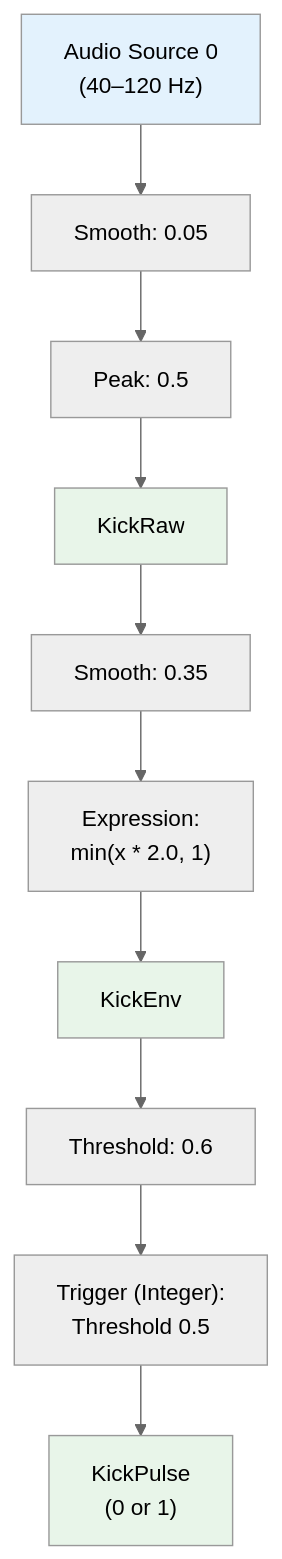
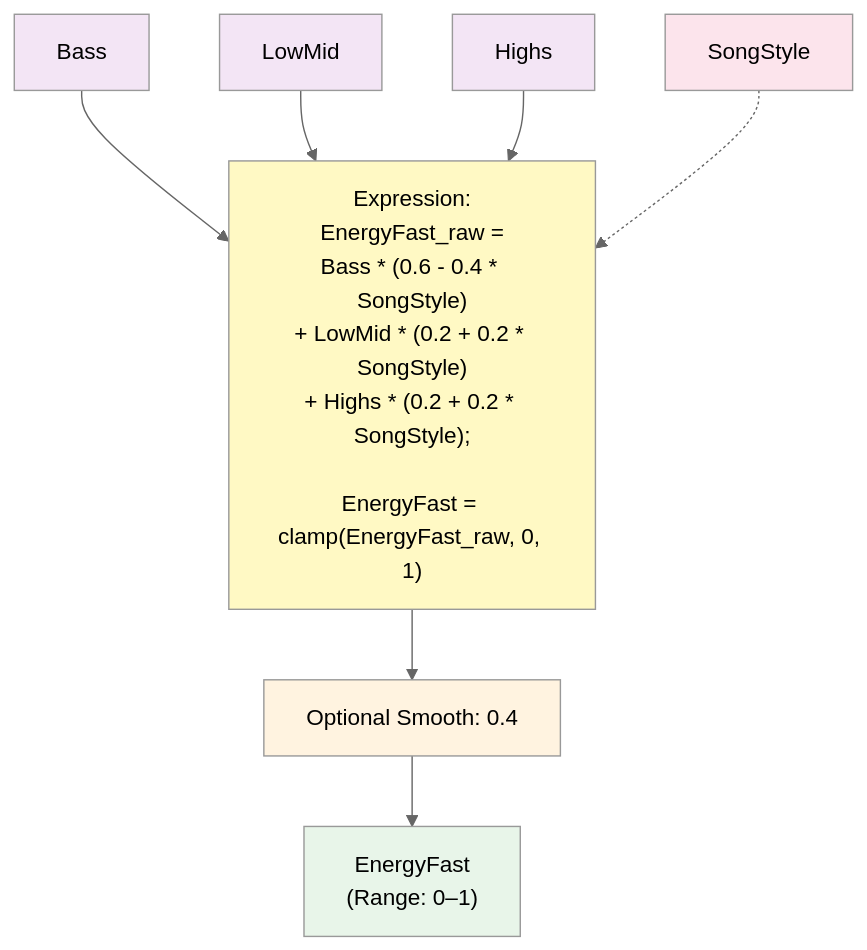
The seventh of 17 diagrams in docs/mmv-master-pipeline-guide.md (abossard/synesthesia-visuals), drawn with Mermaid (neutral theme) before and after one commit. The commit also changed other lines of this file, not shown here.

Commit message:
Complete overhaul: Add SongStyle adaptation system to MMV pipeline guide

````diff
--- a/docs/mmv-master-pipeline-guide.md
+++ b/docs/mmv-master-pipeline-guide.md
@@ -394,19 +333,18 @@
 ```mermaid
 flowchart TD
-    AUDIO_KICK["Audio Source 0<br/>(40–120 Hz)"] --> SMOOTH_K1["Smooth: 0.05"]
-    SMOOTH_K1 --> PEAK_K["Peak: 0.5"]
-    PEAK_K --> KICK_RAW["KickRaw"]
+    BASS_IN["Bass"] --> EXPR_EF["Expression:<br/>EnergyFast_raw =<br/>Bass * (0.6 - 0.4 * SongStyle)<br/>+ LowMid * (0.2 + 0.2 * SongStyle)<br/>+ Highs * (0.2 + 0.2 * SongStyle);<br/><br/>EnergyFast = clamp(EnergyFast_raw, 0, 1)"]
+    LOWMID_IN["LowMid"] --> EXPR_EF
+    HIGHS_IN["Highs"] --> EXPR_EF
+    SONGSTYLE_IN["SongStyle"] -.-> EXPR_EF
     
-    KICK_RAW --> SMOOTH_K2["Smooth: 0.35"]
-    SMOOTH_K2 --> EXPR_K["Expression:<br/>min(x * 2.0, 1)"]
-    EXPR_K --> KICK_ENV["KickEnv"]
+    EXPR_EF --> SMOOTH_EF["Optional Smooth: 0.4"]
+    SMOOTH_EF --> ENERGYFAST["EnergyFast<br/>(Range: 0–1)"]
     
-    KICK_ENV --> THRESH_K["Threshold: 0.6"]
-    THRESH_K --> TRIG_K["Trigger (Integer):<br/>Threshold 0.5"]
-    TRIG_K --> KICK_PULSE["KickPulse<br/>(0 or 1)"]
-    
-    style AUDIO_KICK fill:#e3f2fd
-    style KICK_RAW fill:#e8f5e9
-    style KICK_ENV fill:#e8f5e9
-    style KICK_PULSE fill:#e8f5e9
+    style BASS_IN fill:#f3e5f5
+    style LOWMID_IN fill:#f3e5f5
+    style HIGHS_IN fill:#f3e5f5
+    style SONGSTYLE_IN fill:#fce4ec
+    style EXPR_EF fill:#fff9c4
+    style SMOOTH_EF fill:#fff3e0
+    style ENERGYFAST fill:#e8f5e9
 ```
````
